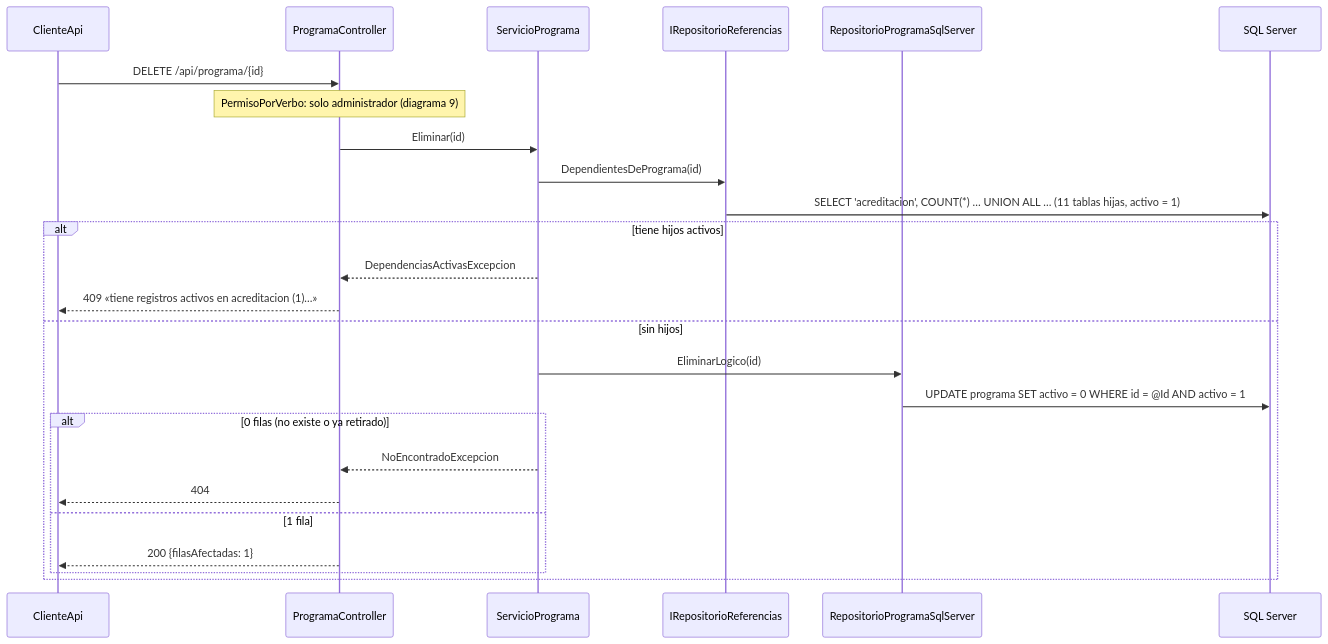
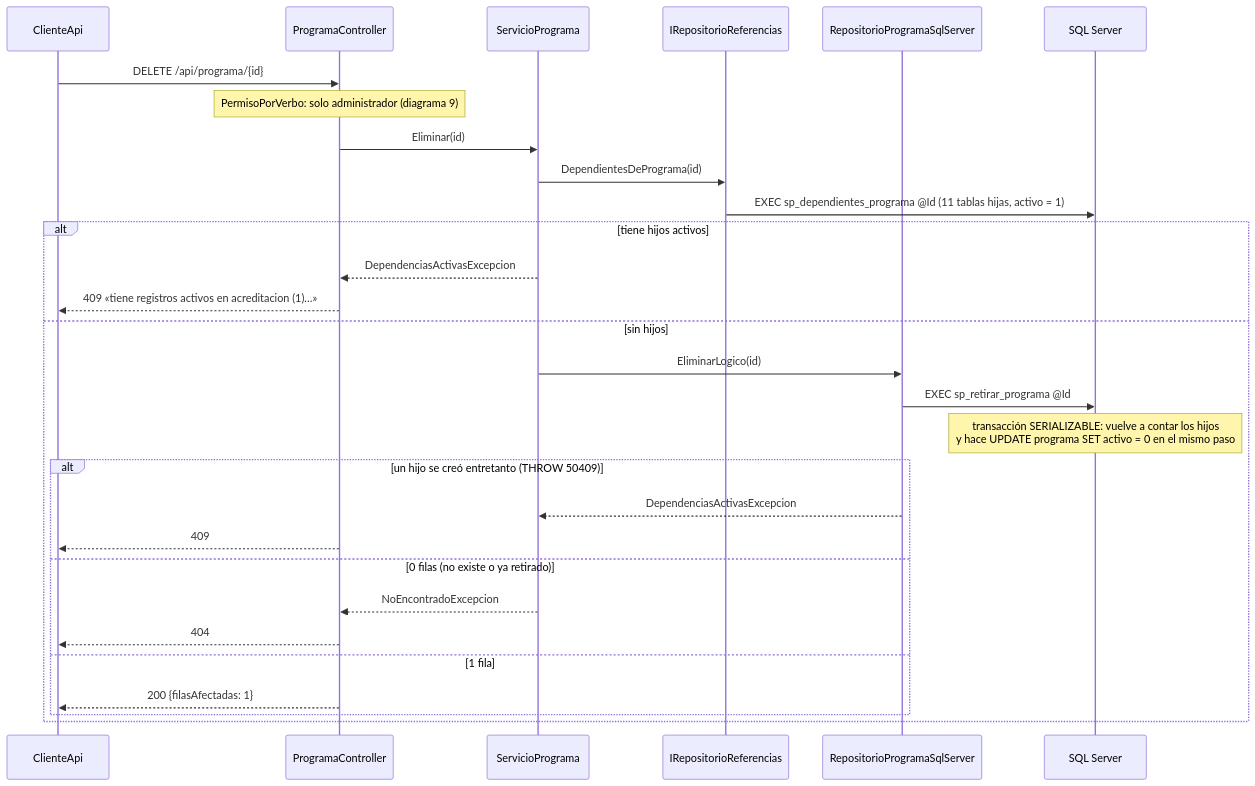
Before and after one commit to MrEpia/innovacioncurricular: the sixth of 17 diagrams in docs/spec_kit/DIAGRAMAS_DE_SECUENCIA.md, drawn with Mermaid. The commit also changed other lines of this file and 18 other files, not shown here.

````diff
--- a/docs/spec_kit/DIAGRAMAS_DE_SECUENCIA.md
+++ b/docs/spec_kit/DIAGRAMAS_DE_SECUENCIA.md
@@ -211,27 +211,31 @@
 ```mermaid
 sequenceDiagram
     participant CA as ClienteApi
     participant C as ProgramaController
     participant S as ServicioPrograma
     participant RR as IRepositorioReferencias
     participant R as RepositorioProgramaSqlServer
     participant B as SQL Server
     CA->>C: DELETE /api/programa/{id}
     Note over C: PermisoPorVerbo: solo administrador (diagrama 9)
     C->>S: Eliminar(id)
     S->>RR: DependientesDePrograma(id)
-    RR->>B: SELECT 'acreditacion', COUNT(*) … UNION ALL … (11 tablas hijas, activo = 1)
+    RR->>B: EXEC sp_dependientes_programa @Id (11 tablas hijas, activo = 1)
     alt tiene hijos activos
         S-->>C: DependenciasActivasExcepcion
         C-->>CA: 409 «tiene registros activos en acreditacion (1)…»
     else sin hijos
         S->>R: EliminarLogico(id)
-        R->>B: UPDATE programa SET activo = 0 WHERE id = @Id AND activo = 1
-        alt 0 filas (no existe o ya retirado)
+        R->>B: EXEC sp_retirar_programa @Id
+        Note over B: transacción SERIALIZABLE: vuelve a contar los hijos<br/>y hace UPDATE programa SET activo = 0 en el mismo paso
+        alt un hijo se creó entretanto (THROW 50409)
+            R-->>S: DependenciasActivasExcepcion
+            C-->>CA: 409
+        else 0 filas (no existe o ya retirado)
             S-->>C: NoEncontradoExcepcion
             C-->>CA: 404
         else 1 fila
             C-->>CA: 200 {filasAfectadas: 1}
         end
     end
 ```
````
